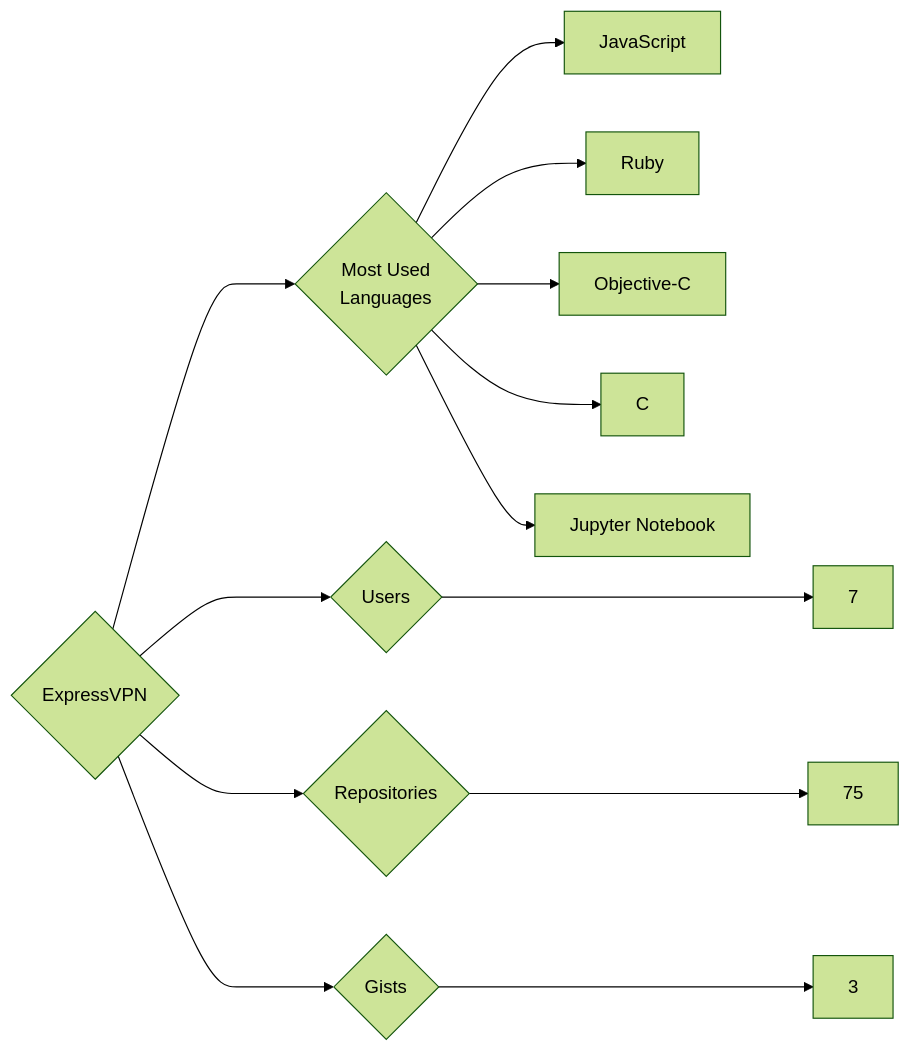
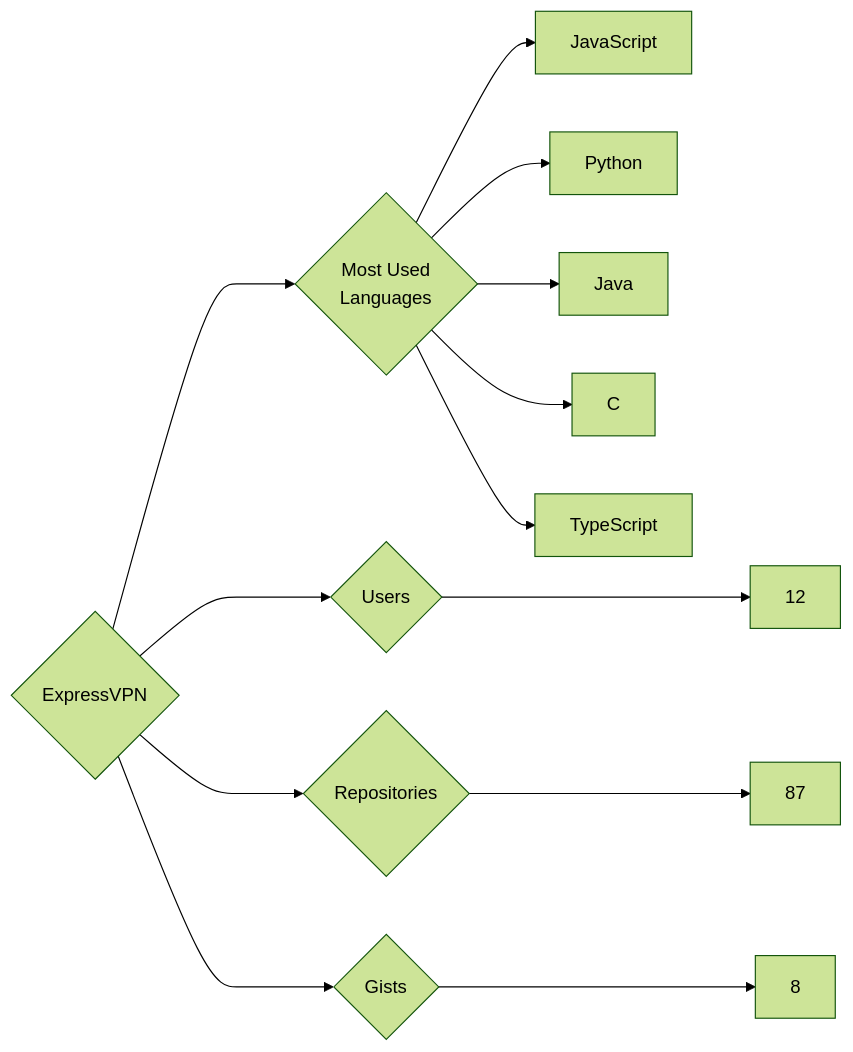
One commit to trickest/insiders changed the diagram in targets/ExpressVPN/README.md. Above: the diagram before and after it, drawn with Mermaid (forest theme). The commit also changed 826 other files, not shown here.

````diff
--- a/targets/ExpressVPN/README.md
+++ b/targets/ExpressVPN/README.md
@@ -3,13 +3,13 @@
 ```mermaid
 graph LR
 COMPANY_NAME{ExpressVPN}
-COMPANY_NAME ---> U{Users} ---> UN[7]
-COMPANY_NAME ---> R{Repositories} ---> RN[75]
-COMPANY_NAME ---> G{Gists} ---> GN[3]
+COMPANY_NAME ---> U{Users} ---> UN[12]
+COMPANY_NAME ---> R{Repositories} ---> RN[87]
+COMPANY_NAME ---> G{Gists} ---> GN[8]
 COMPANY_NAME ---> ML{Most Used<br>Languages}
 ML --> JavaScript[JavaScript]
-ML --> Ruby[Ruby]
-ML --> Objective-C[Objective-C]
+ML --> Python[Python]
+ML --> Java[Java]
 ML --> C[C]
-ML --> Jupyter_Notebook[Jupyter Notebook]
+ML --> TypeScript[TypeScript]
 ```
````
